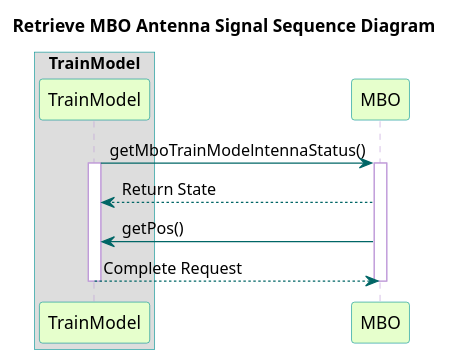
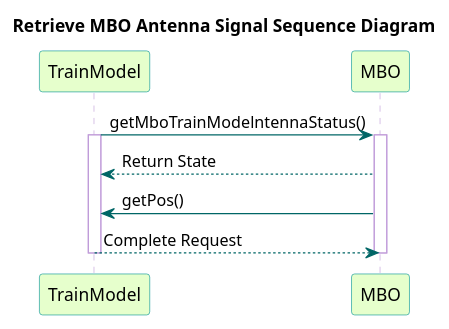
One commit to kevingilboy/COE1186 changed the diagram in TrainSystem/yUML/Sequence Diagrams/TrainModel/RetrieveMBOSeqDiagram.puml. Above: the diagram before and after it, drawn with PlantUML. The commit also changed 6 other files, not shown here.

Commit message:
More UML Updates!

```diff
--- a/TrainSystem/yUML/Sequence Diagrams/TrainModel/RetrieveMBOSeqDiagram.puml
+++ b/TrainSystem/yUML/Sequence Diagrams/TrainModel/RetrieveMBOSeqDiagram.puml
@@ -1,33 +1,31 @@
 @startuml
 
 title Retrieve MBO Antenna Signal Sequence Diagram
 
 skinparam sequence {
   BackgroundColor transparent
   ParticipantBackgroundColor #e6ffcc
   ParticipantBorderColor 	#049595
   BoxBorderColor #049595
   PackageBorderCOlor  #049595
   ArrowColor #006666
   LifeLineBorderColor #c09cd9
 }
 
-box "TrainModel"
 participant TrainModel
-end box
 participant MBO
 
 
 TrainModel -> MBO : getMboTrainModelntennaStatus()
 activate TrainModel
 activate MBO
 
 MBO--> TrainModel : Return State
 
 MBO-> TrainModel : getPos()
 
 TrainModel --> MBO: Complete Request
 deactivate TrainModel
 deactivate MBO
 
 @enduml
```
